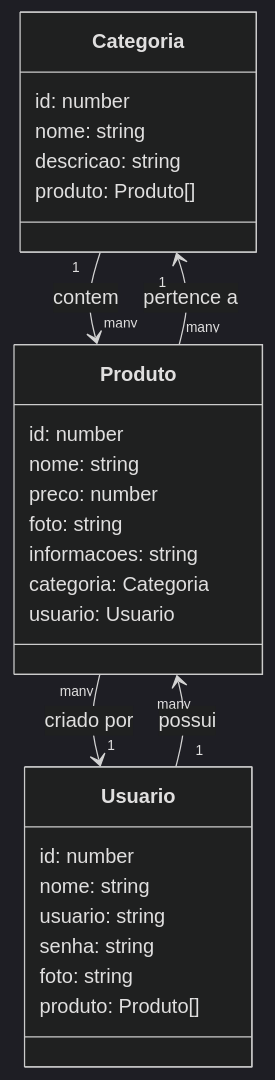
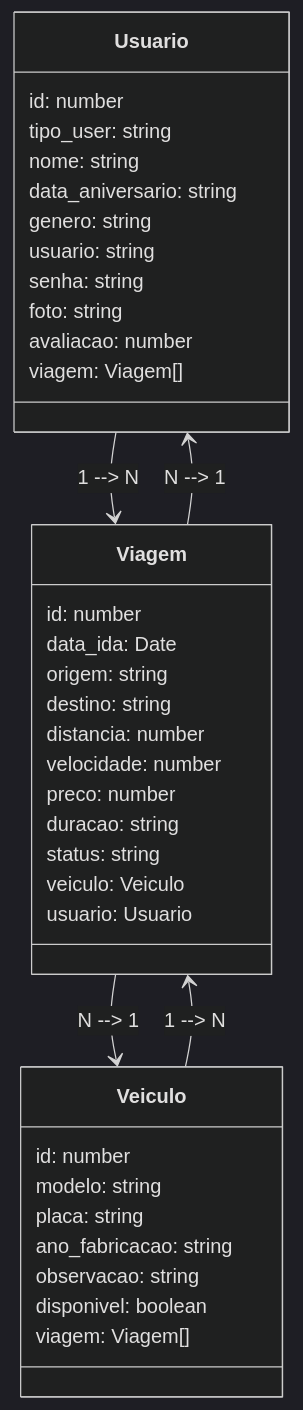
Before and after one commit to projetointegrador-g3/documentacao-vammo: the diagram in README.md, drawn with Mermaid. The commit also changed other lines of this file, not shown here.

````diff
--- a/README.md
+++ b/README.md
@@ -98,39 +98,50 @@
 ```mermaid
 ---
 config:
   theme: dark
   layout: dagre
 ---
 
 classDiagram
-    class Categoria {
+    class Usuario {
         id: number
+        tipo_user: string
         nome: string
-        descricao: string
-        produto: Produto[]
+        data_aniversario: string
+        genero: string
+        usuario: string
+        senha: string
+        foto: string
+        avaliacao: number
+        viagem: Viagem[]
     }
 
-    class Produto {
+    class Veiculo {
         id: number
-        nome: string
+        modelo: string
+        placa: string
+        ano_fabricacao: string
+        observacao: string
+        disponivel: boolean
+        viagem: Viagem[]
+    }
+
+    class Viagem {
+        id: number
+        data_ida: Date
+        origem: string
+        destino: string
+        distancia: number
+        velocidade: number
         preco: number
-        foto: string
-        informacoes: string
-        categoria: Categoria
+        duracao: string
+        status: string
+        veiculo: Veiculo
         usuario: Usuario
     }
 
-    class Usuario {
-        id: number
-        nome: string
-        usuario: string
-        senha: string
-        foto: string
-        produto: Produto[]
-    }
-
-    Categoria "1" --> "many" Produto : contem
-    Produto "many" --> "1" Categoria : pertence a
-    Produto "many" --> "1" Usuario : criado por
-    Usuario "1" --> "many" Produto : possui
+    Usuario --> Viagem : 1 --> N
+    Veiculo --> Viagem : 1 --> N
+    Viagem --> Usuario : N --> 1
+    Viagem --> Veiculo : N --> 1
 ```
````
